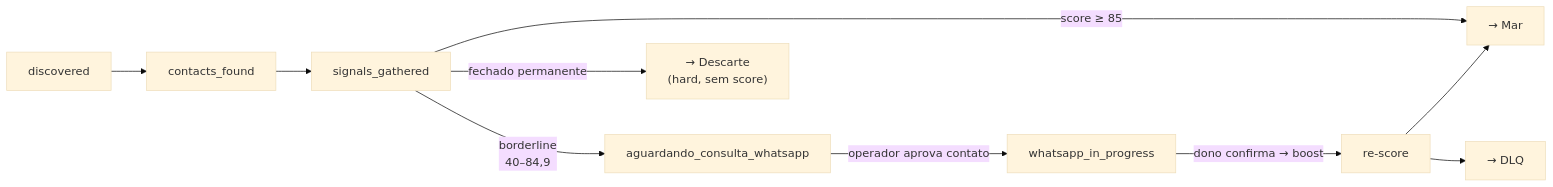
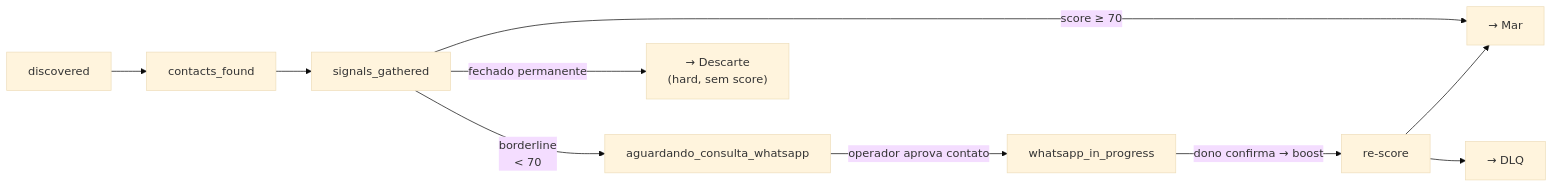
Before and after one commit to norteiadev/norteia-brave: the fifth of 8 diagrams in docs/FLUXO-BRAVE.md, drawn with Mermaid (base theme). The commit also changed other lines of this file and 15 other files, not shown here.

````diff
--- a/docs/FLUXO-BRAVE.md
+++ b/docs/FLUXO-BRAVE.md
@@ -262,11 +261,11 @@
 ```mermaid
 flowchart LR
     S0["discovered"] --> S1["contacts_found"] --> S2["signals_gathered"]
-    S2 -->|score ≥ 85| MAR["→ Mar"]
-    S2 -->|borderline<br/>40–84,9| S3["aguardando_consulta_whatsapp"]
+    S2 -->|score ≥ 70| MAR["→ Mar"]
+    S2 -->|borderline<br/>< 70| S3["aguardando_consulta_whatsapp"]
     S3 -->|operador aprova contato| S4["whatsapp_in_progress"]
     S4 -->|dono confirma → boost| RS["re-score"]
     RS --> MAR
     RS --> DLQ["→ DLQ"]
     S2 -->|fechado permanente| DESC["→ Descarte<br/>(hard, sem score)"]
 ```
````
